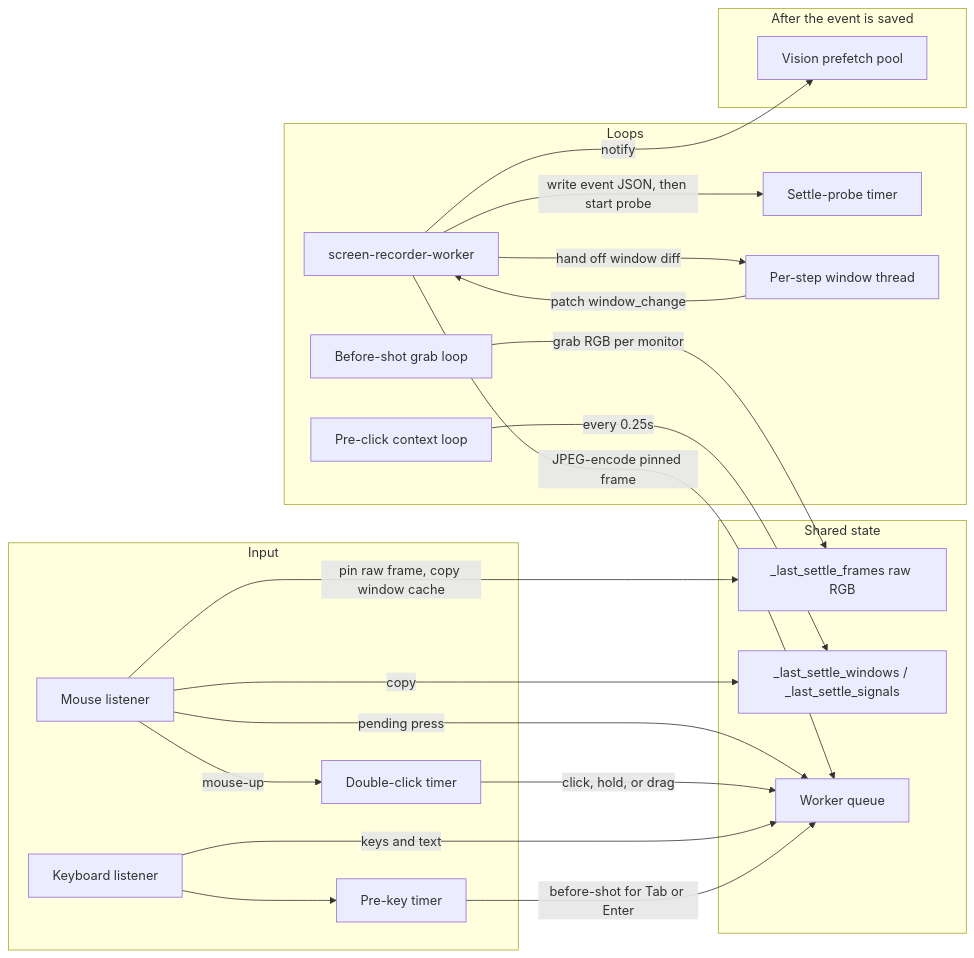
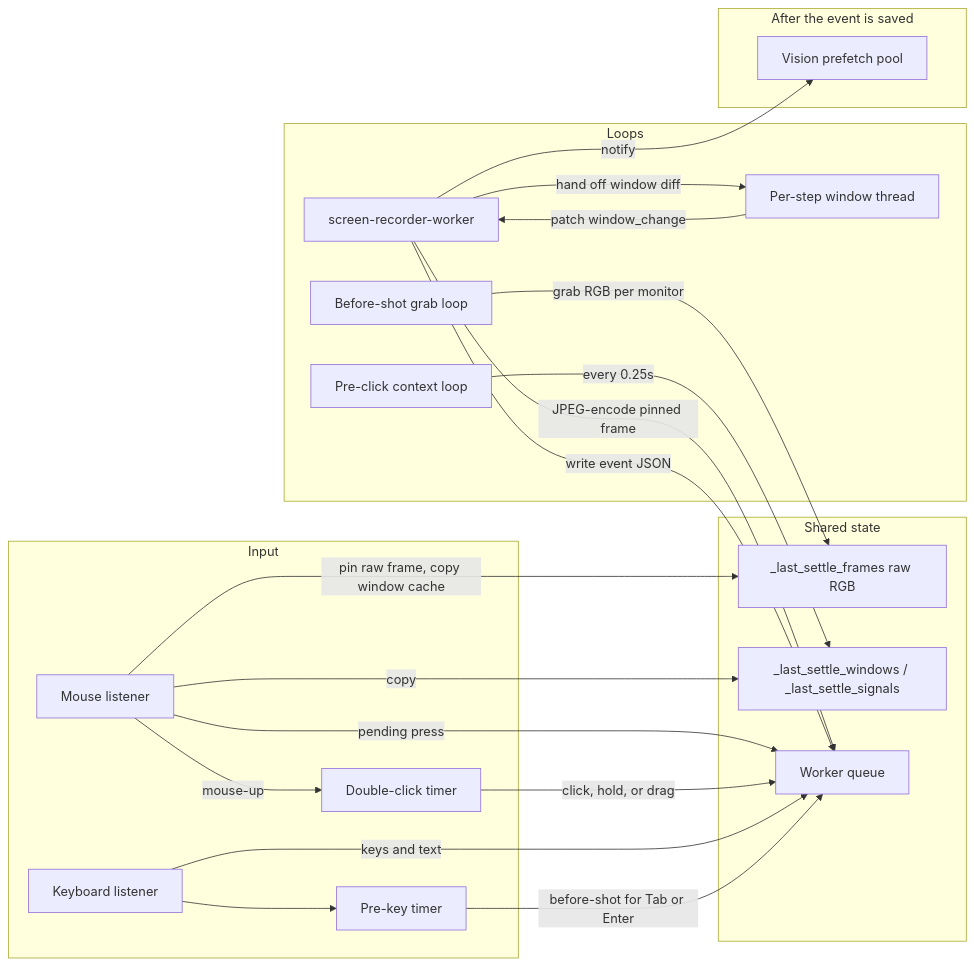
One commit to josephorng/QualityAssuranceAgent changed the diagram in RECORDING_LOOPS.md. Above: the diagram before and after it, drawn with Mermaid. The commit also changed other lines of this file and 29 other files, not shown here.

First line of the commit message:
Remove settle-probe timing to cut recording overhead.

````diff
--- a/RECORDING_LOOPS.md
+++ b/RECORDING_LOOPS.md
@@ -7,44 +7,43 @@
 ```mermaid
 flowchart LR
   subgraph input [Input]
     Mouse[Mouse listener]
     Keys[Keyboard listener]
     ClickTimer[Double-click timer]
     KeyTimer[Pre-key timer]
   end
 
   subgraph shared [Shared state]
     Frame["_last_settle_frames raw RGB"]
     Windows["_last_settle_windows / _last_settle_signals"]
     Queue[Worker queue]
   end
 
   subgraph loops [Loops]
-    Probe[Settle-probe timer]
     BeforeShot[Before-shot grab loop]
     Context[Pre-click context loop]
     Worker[screen-recorder-worker]
     WindowStep[Per-step window thread]
   end
 
   subgraph after [After the event is saved]
     Vision[Vision prefetch pool]
   end
 
   BeforeShot -->|grab RGB per monitor| Frame
   Mouse -->|pin raw frame, copy window cache| Frame
   Mouse -->|copy| Windows
   Mouse -->|pending press| Queue
   Mouse -->|mouse-up| ClickTimer
   ClickTimer -->|click, hold, or drag| Queue
   Keys -->|keys and text| Queue
   Keys --> KeyTimer
   KeyTimer -->|before-shot for Tab or Enter| Queue
 
   Context -->|every 0.25s| Windows
   Worker -->|JPEG-encode pinned frame| Queue
-  Worker -->|write event JSON, then start probe| Probe
+  Worker -->|write event JSON| Queue
   Worker -->|hand off window diff| WindowStep
   WindowStep -->|patch window_change| Worker
   Worker -->|notify| Vision
 ```
````
